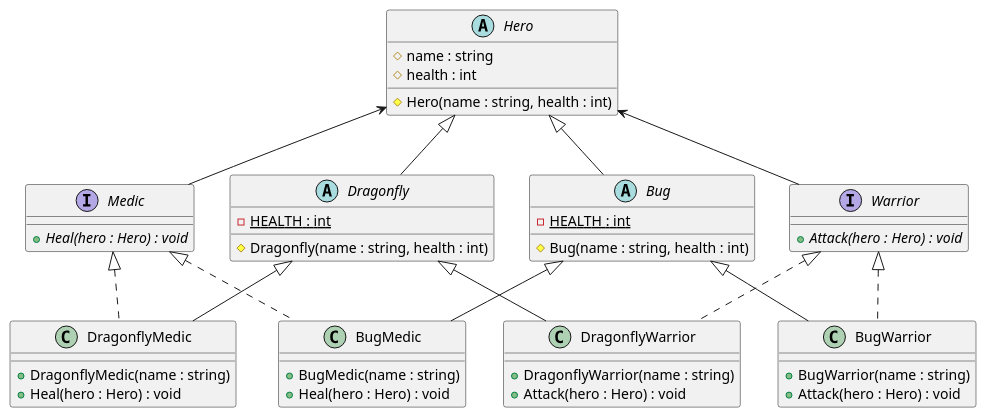
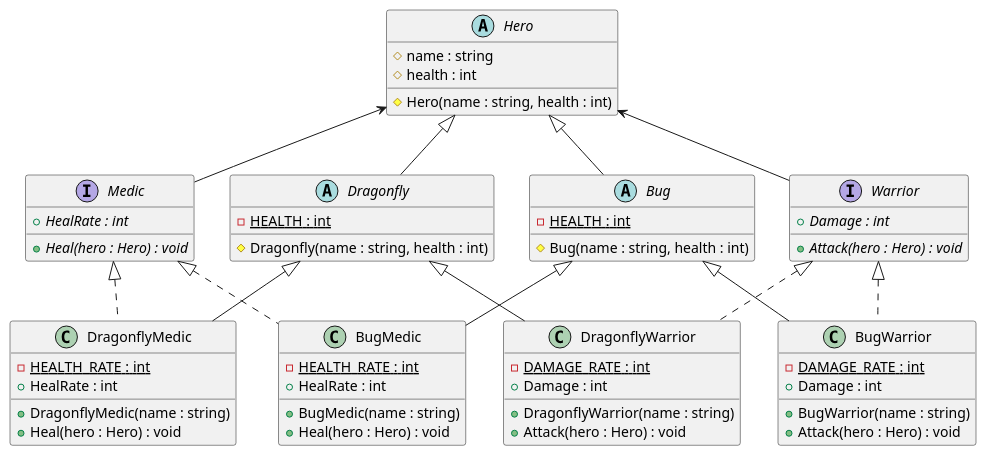
One commit to anst-foto/Heroes changed the diagram in Heroes.Core/diagram_class.puml. Above: the diagram before and after it, drawn with PlantUML. The commit also changed 1 other file, not shown here.

Commit message:
Update diagram class

```diff
--- a/Heroes.Core/diagram_class.puml
+++ b/Heroes.Core/diagram_class.puml
@@ -1,61 +1,71 @@
 @startuml
 'https://plantuml.com/class-diagram
 
 abstract class Hero {
 # name : string
 # health : int
 
 # Hero(name : string, health : int)
 }
 
 Hero <|-- Dragonfly
 abstract class Dragonfly {
 - {static} HEALTH : int
 # Dragonfly(name : string, health : int)
 }
 
 Hero <-- Medic
 interface Medic {
++ {abstract} HealRate : int
 + {abstract} Heal(hero : Hero) : void
 }
 
 Hero <-- Warrior
 interface Warrior {
++ {abstract} Damage : int
 + {abstract} Attack(hero : Hero) : void
 }
 
 Hero <|-- Bug
 abstract class Bug {
 - {static} HEALTH : int
 # Bug(name : string, health : int)
 }
 
 Dragonfly <|-- DragonflyMedic
 Medic <|.. DragonflyMedic
 class DragonflyMedic {
+- {static} HEALTH_RATE : int
++ HealRate : int
 + DragonflyMedic(name : string)
 + Heal(hero : Hero) : void
 }
 
 Dragonfly <|-- DragonflyWarrior
 Warrior <|.. DragonflyWarrior
 class DragonflyWarrior {
+- {static} DAMAGE_RATE : int
++ Damage : int
 + DragonflyWarrior(name : string)
 + Attack(hero : Hero) : void
 }
 
 Bug <|-- BugWarrior
 Warrior <|.. BugWarrior
 class BugWarrior {
+- {static} DAMAGE_RATE : int
++ Damage : int
 + BugWarrior(name : string)
 + Attack(hero : Hero) : void
 }
 
 Bug <|-- BugMedic
 Medic <|.. BugMedic
 class BugMedic {
+- {static} HEALTH_RATE : int
++ HealRate : int
 + BugMedic(name : string)
 + Heal(hero : Hero) : void
 }
 
 @enduml
```
